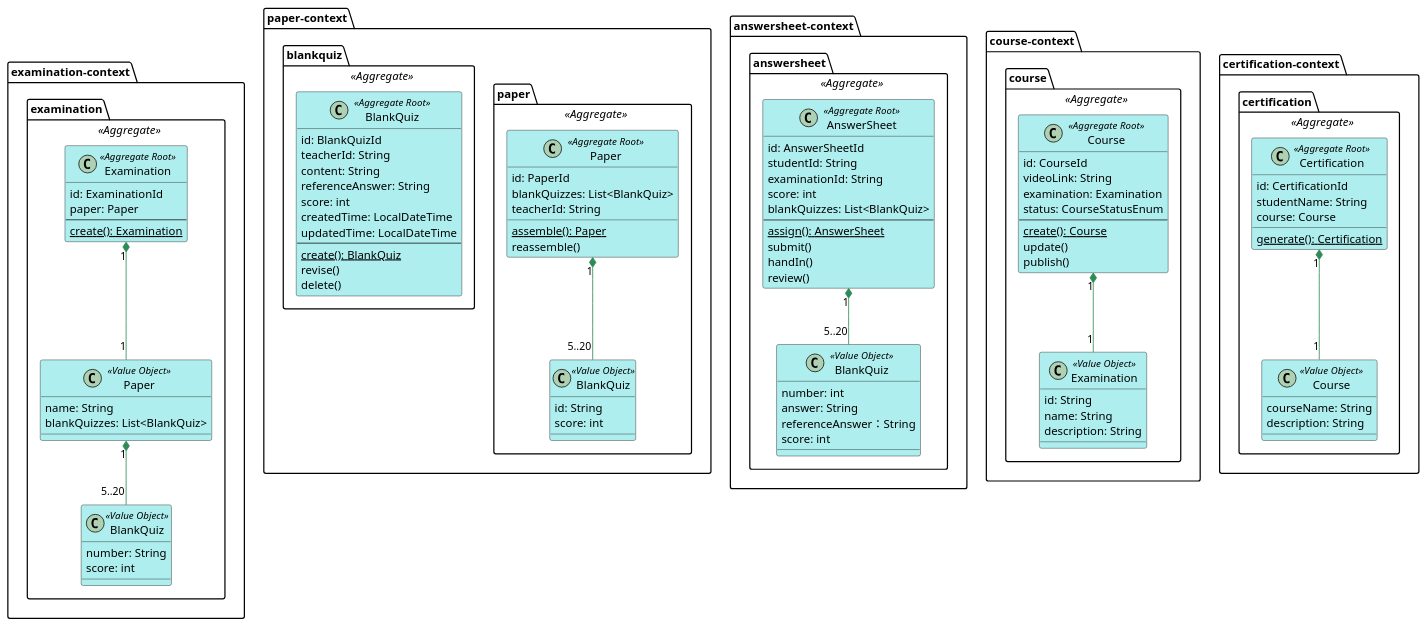
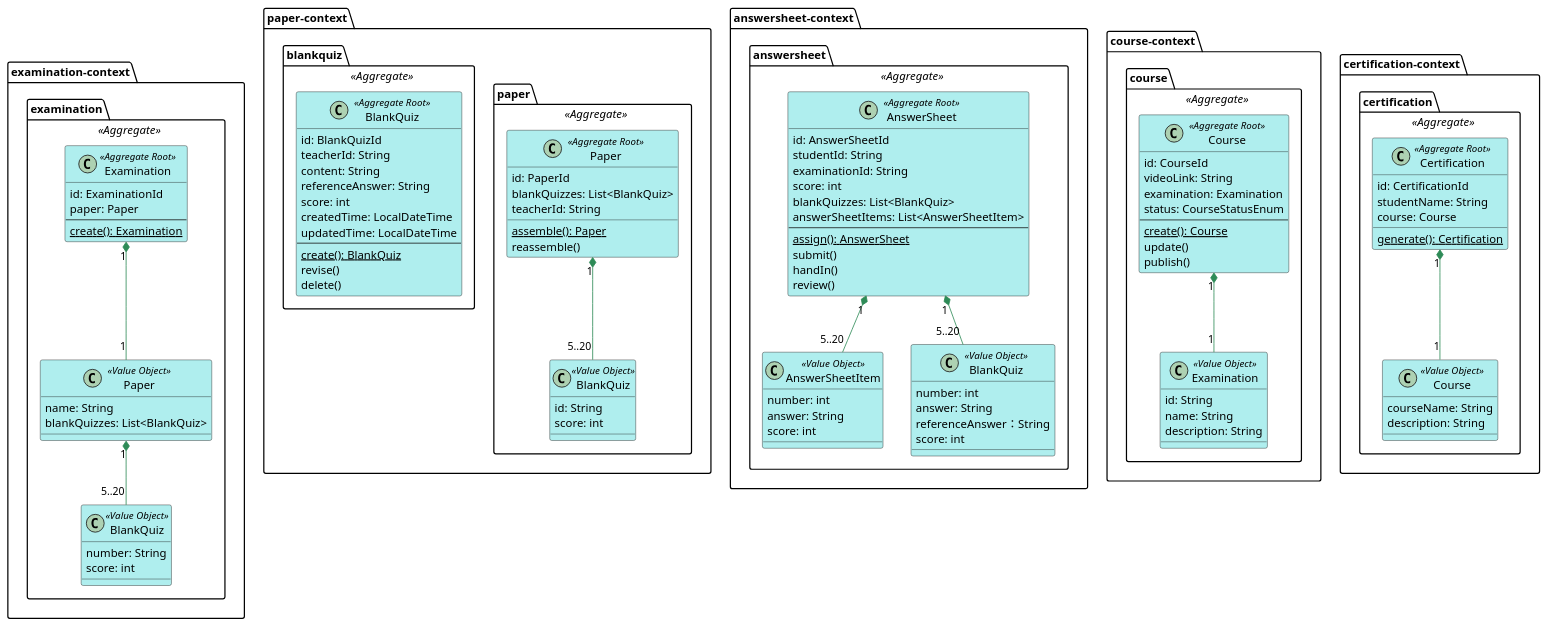
Before and after one commit to DDD-Bootcamp/exam-plantform-hexagonal: the diagram in design/exam-model.puml, drawn with PlantUML.

Commit message:
uml [qian] add answerSheetItem in answerSheet context

```diff
--- a/design/exam-model.puml
+++ b/design/exam-model.puml
@@ -1,128 +1,135 @@
 @startuml
 skinparam Shadowing false
 skinparam class {
     BackgroundColor PaleTurquoise 
     ArrowColor SeaGreen
 }
 
 package examination-context {
     package examination <<Aggregate>> {
         class Examination <<Aggregate Root>> {
             id: ExaminationId
             paper: Paper
             --
             {static} create(): Examination
         }
         class "Paper" as ep <<Value Object>> {
             name: String
             blankQuizzes: List<BlankQuiz>
         }
         class "BlankQuiz" as ebq <<Value Object>> {
             number: String
             score: int
         }
         Examination "1" *-- "1" ep
         ep "1" *-- "5..20" ebq
     }
 }
 
 package paper-context {
     package paper <<Aggregate>> {
         class Paper <<Aggregate Root>> {
             id: PaperId
             blankQuizzes: List<BlankQuiz>
             teacherId: String
             {static} assemble(): Paper
             reassemble()
         }
 
         class "BlankQuiz" as pbq <<Value Object>> {
                     id: String
                     score: int
                 }
         Paper "1" *-- "5..20" pbq
     }
 
     package blankquiz <<Aggregate>> {
             class BlankQuiz <<Aggregate Root>> {
                 id: BlankQuizId
                 teacherId: String
                 content: String
                 referenceAnswer: String
                 score: int
                 createdTime: LocalDateTime
                 updatedTime: LocalDateTime
                 --
                 {static} create(): BlankQuiz
                 revise()
                 delete()
             }
         }
 }
 
 package answersheet-context {
     package answersheet <<Aggregate>> {
         class AnswerSheet <<Aggregate Root>> {
             id: AnswerSheetId
             studentId: String
             examinationId: String
             score: int
             blankQuizzes: List<BlankQuiz>
+            answerSheetItems: List<AnswerSheetItem>
             --
             {static} assign(): AnswerSheet
             submit()
             handIn()
             review()
         }
+        class "AnswerSheetItem"  <<Value Object>> {
+                number: int
+                answer: String
+                score: int
+                }
 
         class "BlankQuiz" as ebb <<Value Object>> {
         number: int
         answer: String
         referenceAnswer：String
         score: int
         }
 
 
         AnswerSheet "1" *-- "5..20" ebb
+        AnswerSheet "1" *-- "5..20" AnswerSheetItem
     }
 }
 
 package course-context {
     package course <<Aggregate>> {
         class Course <<Aggregate Root>> {
             id: CourseId
             videoLink: String
             examination: Examination
             status: CourseStatusEnum
             --
             {static} create(): Course
             update()
             publish()
         }
 
         class "Examination" as ce <<Value Object>> {
             id: String
             name: String
             description: String
         }
         Course "1" *-- "1" ce
     }
 }
 
 package certification-context {
     package certification <<Aggregate>> {
         class Certification <<Aggregate Root>> {
             id: CertificationId
             studentName: String
             course: Course
             {static} generate(): Certification
         }
         class "Course" as cc <<Value Object>> {
             courseName: String
             description: String
         }
         Certification "1" *-- "1" cc
     }
 }
 
 @enduml
```
